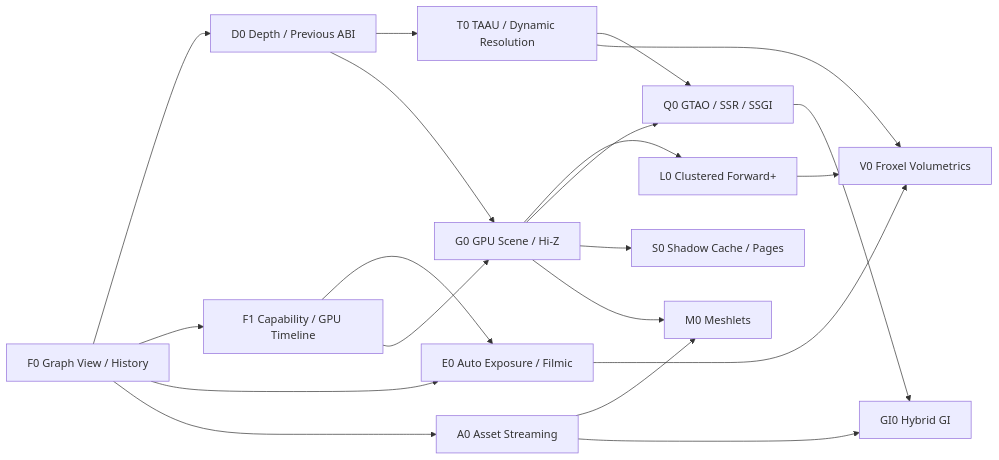
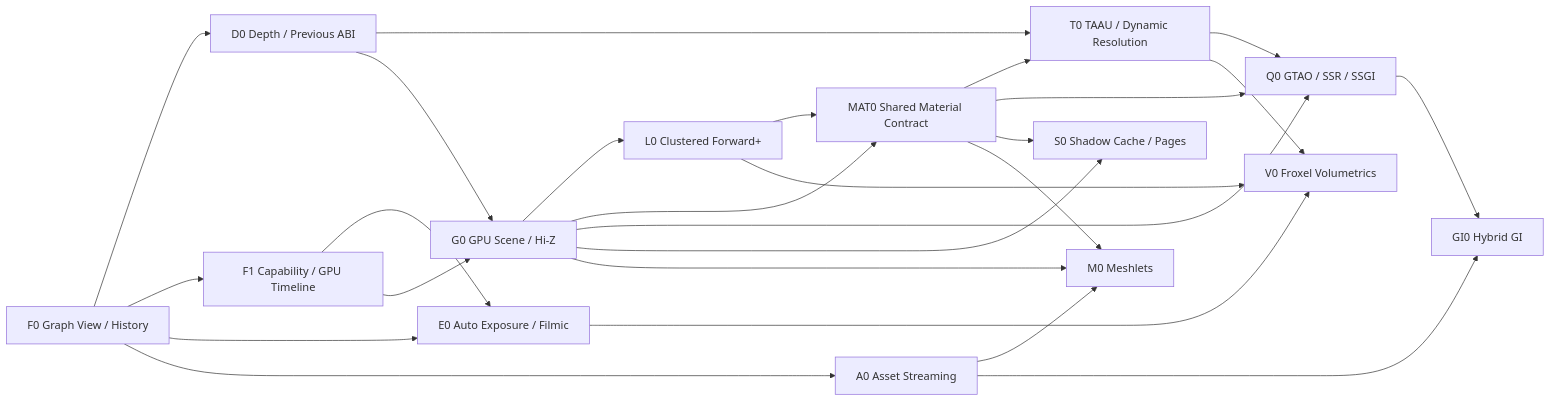
Before and after one commit to hiloteam/Hilo3d: the third of 3 diagrams in documentation/MODERN_WEBGPU_RENDERING_ROADMAP.md, drawn with Mermaid. The commit also changed other lines of this file and 2 other files, not shown here.

Commit message:
docs(rendering): plan material system modernization

````diff
--- a/documentation/MODERN_WEBGPU_RENDERING_ROADMAP.md
+++ b/documentation/MODERN_WEBGPU_RENDERING_ROADMAP.md
@@ -691,22 +728,28 @@
 ```mermaid
 flowchart LR
   F0["F0 Graph View / History"] --> D0["D0 Depth / Previous ABI"]
   F0 --> F1["F1 Capability / GPU Timeline"]
   F0 --> E0["E0 Auto Exposure / Filmic"]
   F1 --> E0
   D0 --> T0["T0 TAAU / Dynamic Resolution"]
   D0 --> G0["G0 GPU Scene / Hi-Z"]
   F1 --> G0
   G0 --> L0["L0 Clustered Forward+"]
+  G0 --> MAT0["MAT0 Shared Material Contract"]
+  L0 --> MAT0
+  MAT0 --> T0
   T0 --> Q0["Q0 GTAO / SSR / SSGI"]
   G0 --> Q0
+  MAT0 --> Q0
   G0 --> S0["S0 Shadow Cache / Pages"]
+  MAT0 --> S0
   L0 --> V0["V0 Froxel Volumetrics"]
   T0 --> V0
   E0 --> V0
   F0 --> A0["A0 Asset Streaming"]
   G0 --> M0["M0 Meshlets"]
+  MAT0 --> M0
   A0 --> M0
   Q0 --> GI0["GI0 Hybrid GI"]
   A0 --> GI0
 ```
````
